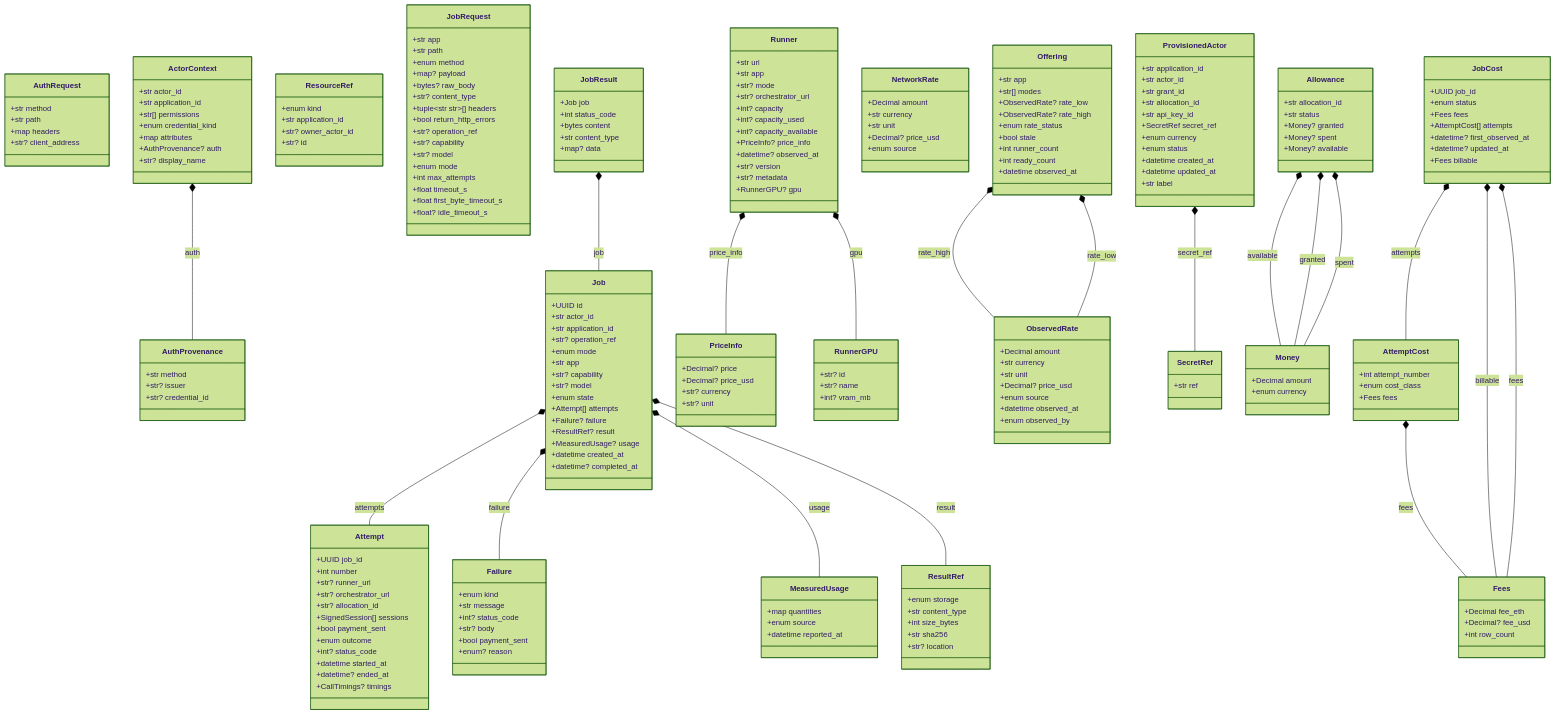
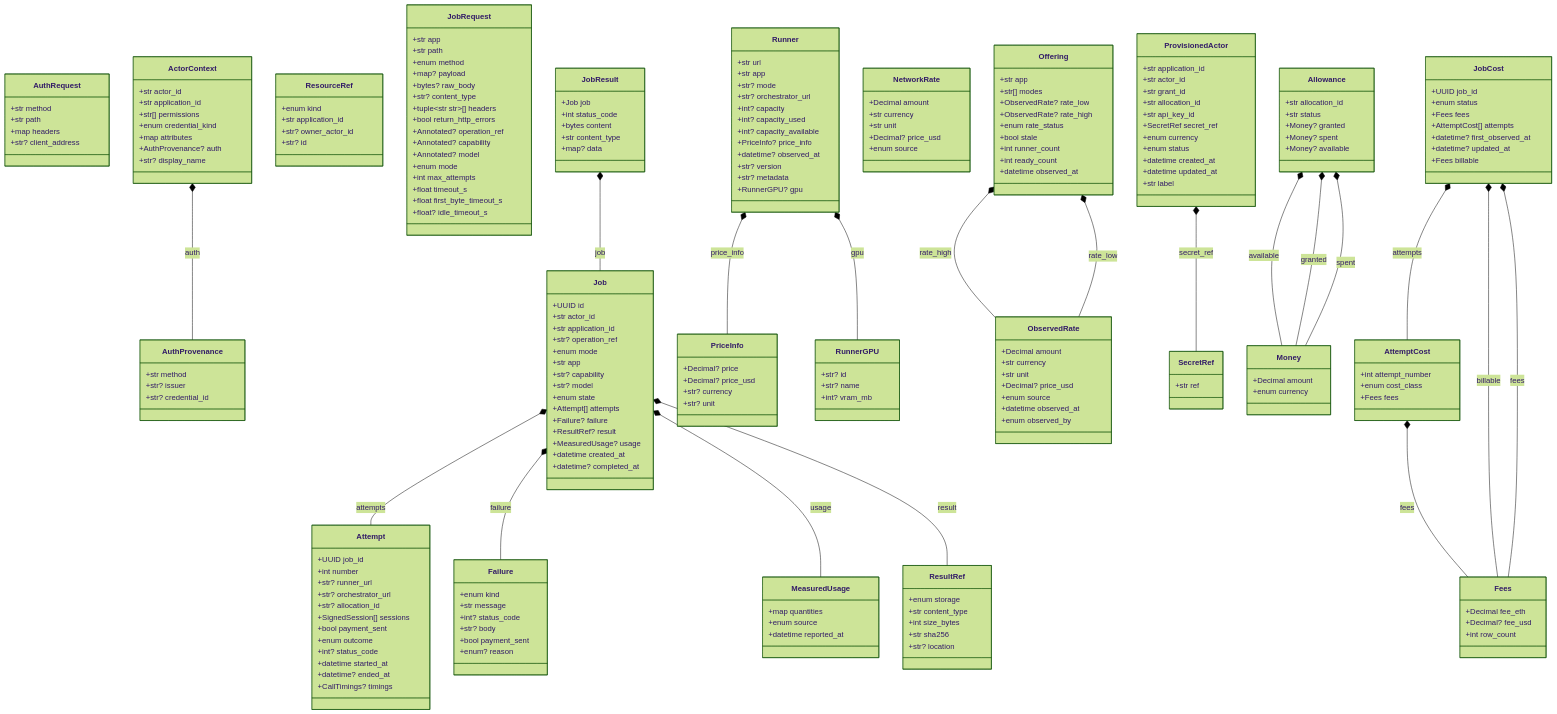
Before and after one commit to NE-Build-Track/livepeer-builder-core: the diagram in docs/generated/contracts.md, drawn with Mermaid (forest theme). The commit also changed 16 other files, not shown here.

```diff
--- a/docs/generated/contracts.md
+++ b/docs/generated/contracts.md
@@ -41,9 +41,9 @@
         +str? content_type
         +tuple~str str~[] headers
         +bool return_http_errors
-        +str? operation_ref
-        +str? capability
-        +str? model
+        +Annotated? operation_ref
+        +Annotated? capability
+        +Annotated? model
         +enum mode
         +int max_attempts
         +float timeout_s
```
